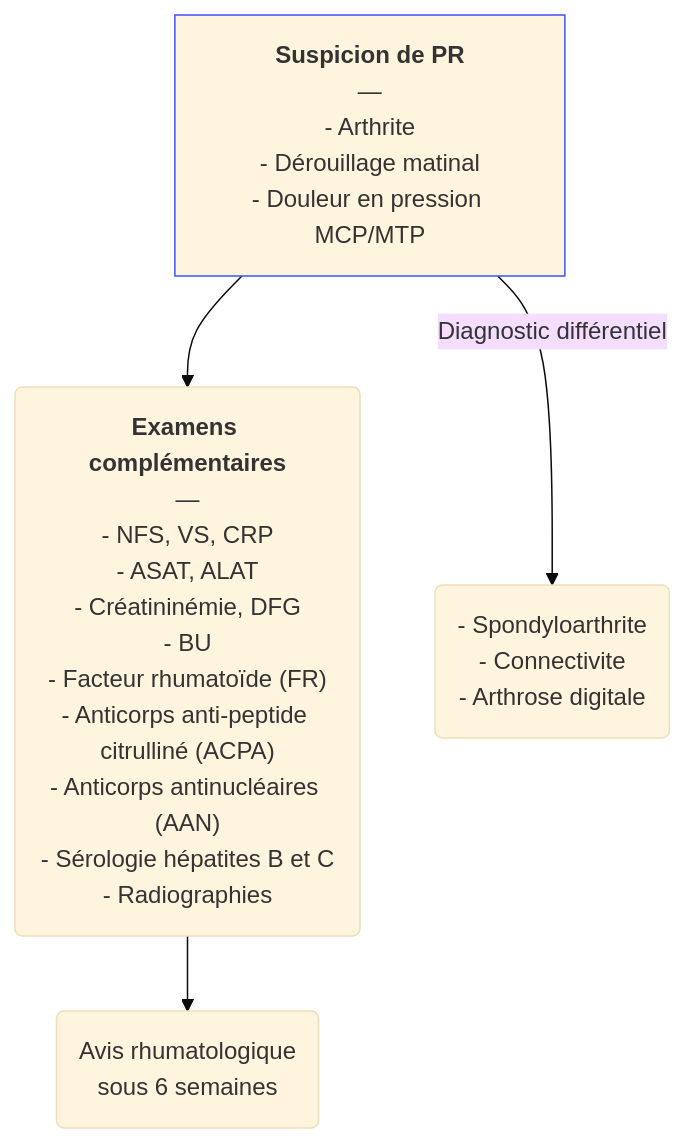
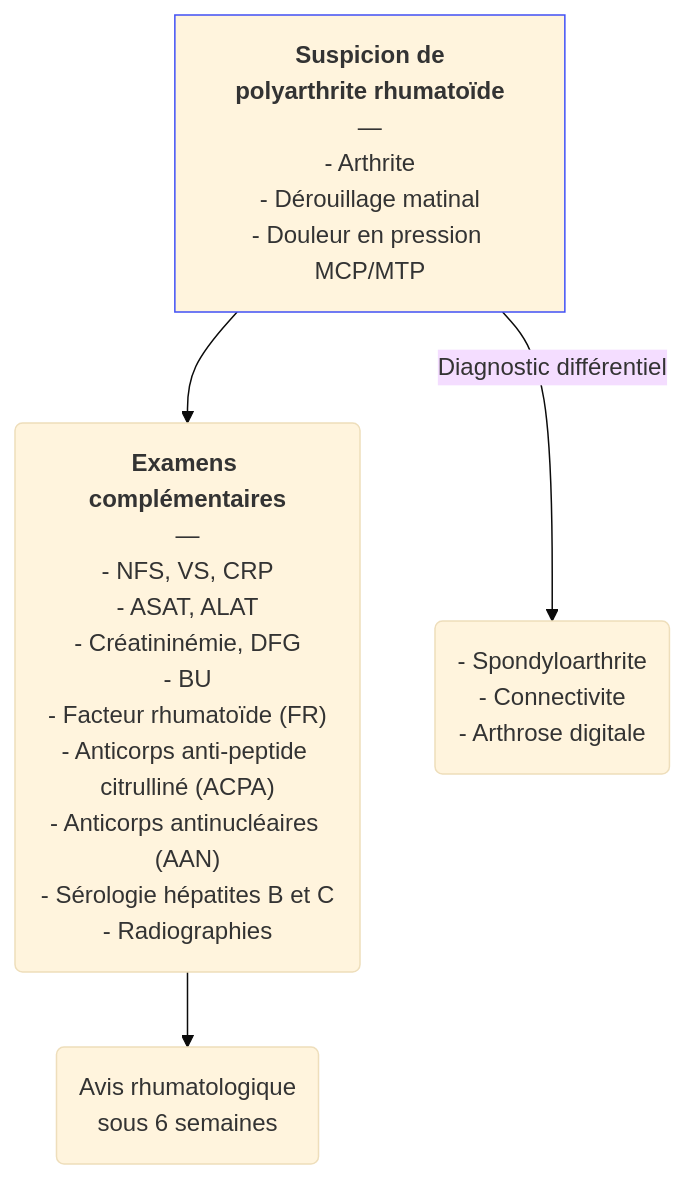
The diagram in content/recommandations/polyarthrite-rhumatoide.md (djibe/recommandations-medicales), drawn with Mermaid (base theme) before and after one commit. The commit also changed 17 other files, not shown here.

```diff
--- a/content/recommandations/polyarthrite-rhumatoide.md
+++ b/content/recommandations/polyarthrite-rhumatoide.md
@@ -302,8 +302,8 @@
 {{< mermaid title="Conduite à tenir pour le diagnostic de la polyarthrite rhumatoïde. Dr JB Fron d'après SFRhumato 2018" >}}
 graph TB
-  suspicion["<b>Suspicion de PR</b><br>—<br>- Arthrite<br>- Dérouillage matinal<br>- Douleur en pression MCP/MTP"]
+  suspicion["<b>Suspicion de<br>polyarthrite rhumatoïde</b><br>—<br>- Arthrite<br>- Dérouillage matinal<br>- Douleur en pression MCP/MTP"]
   style suspicion stroke:#4150f5, stroke-width:1px
     suspicion --> bilan("<b>Examens complémentaires</b><br>—<br>- NFS, VS, CRP<br>- ASAT, ALAT<br>- Créatininémie, DFG<br>- BU<br>- Facteur rhumatoïde (FR)<br>- Anticorps anti-peptide citrulliné (ACPA)<br>- Anticorps antinucléaires (AAN)<br>- Sérologie hépatites B et C<br>- Radiographies")
       bilan --> rhumato("Avis rhumatologique<br>sous 6 semaines")
     suspicion -- Diagnostic différentiel --> differentiel("- Spondyloarthrite<br>- Connectivite<br>- Arthrose digitale")
 {{< /mermaid >}}
```
